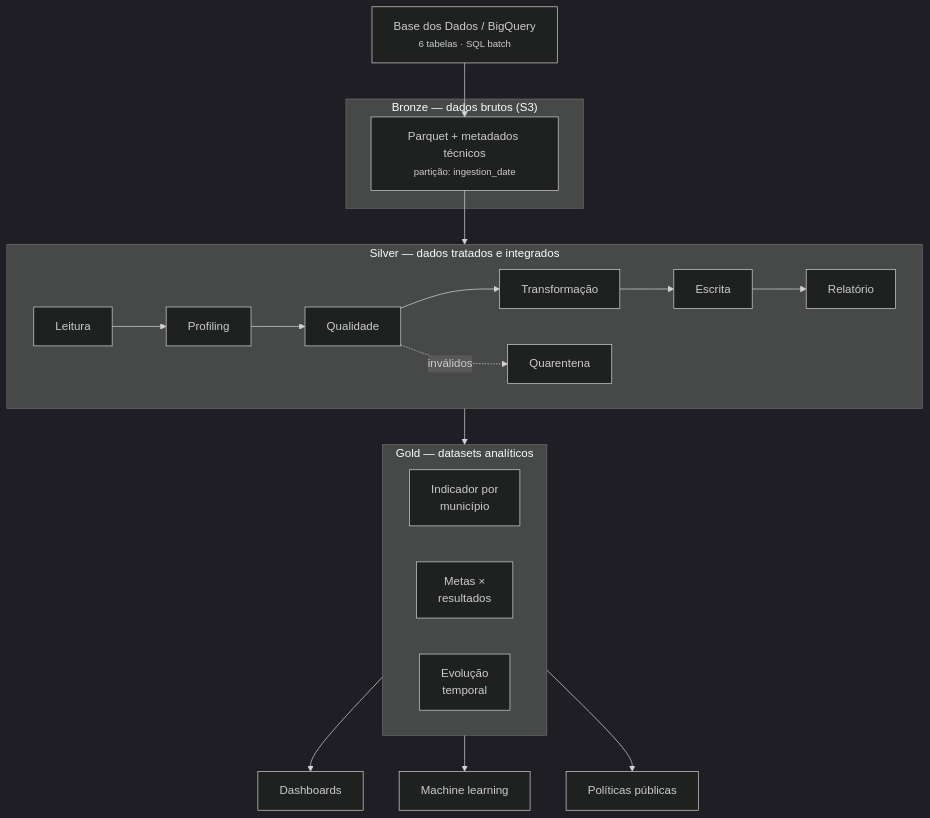
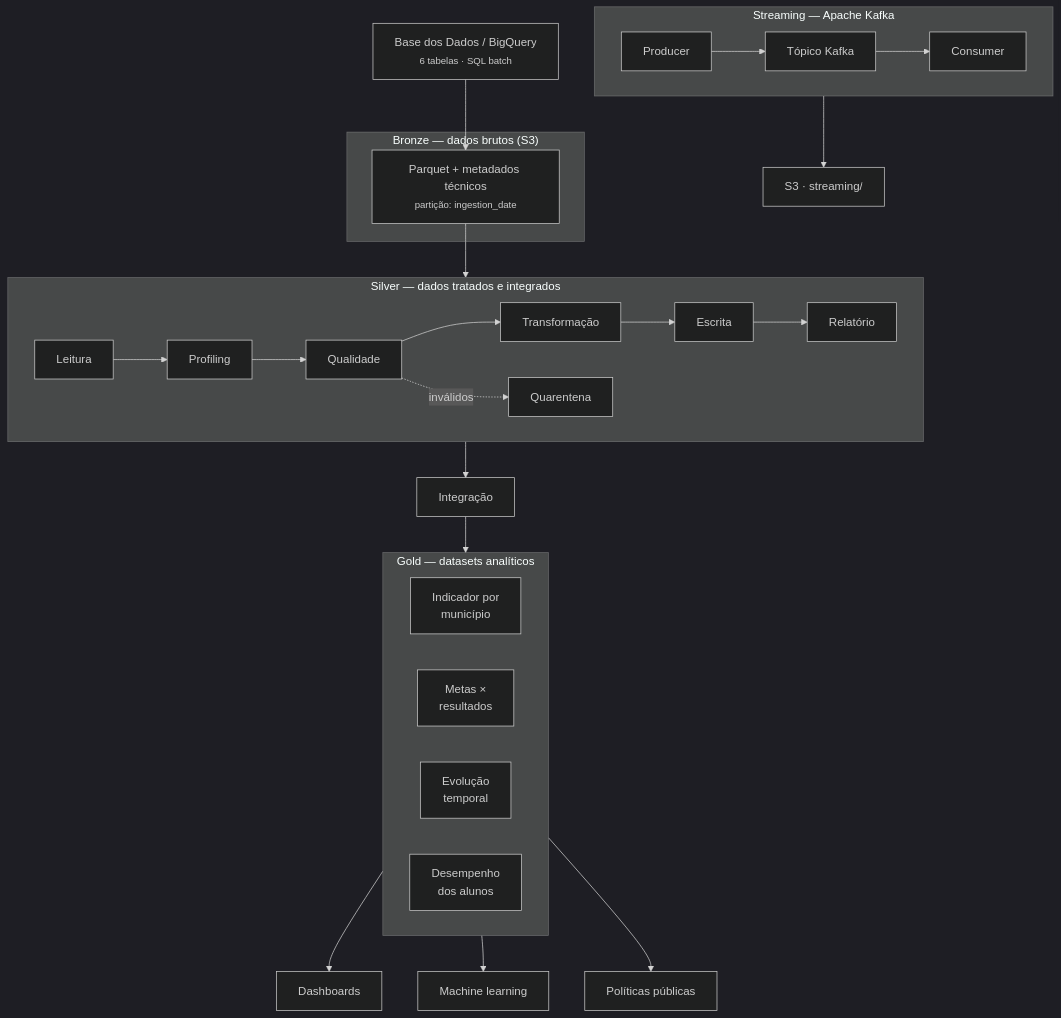
One commit to AndrePellegrini/tech-challenge-fase2 changed the diagram in README.md. Above: the diagram before and after it, drawn with Mermaid (dark theme). The commit also changed other lines of this file and 17 other files, not shown here.

First line of the commit message:
feat: camada Gold sobre a Silver oficial e streaming com Kafka

````diff
--- a/README.md
+++ b/README.md
@@ -42,33 +42,43 @@
 ```mermaid
 flowchart TD
     A["Base dos Dados / BigQuery<br/><small>6 tabelas · SQL batch</small>"] --> B
 
     subgraph BRONZE["Bronze — dados brutos (S3)"]
         B["Parquet + metadados técnicos<br/><small>partição: ingestion_date</small>"]
     end
 
     B --> S1
 
     subgraph SILVER["Silver — dados tratados e integrados"]
         direction LR
         S1["Leitura"] --> S2["Profiling"]
         S2 --> S3["Qualidade"]
         S3 --> S4["Transformação"]
         S4 --> S5["Escrita"]
         S3 -. inválidos .-> Q["Quarentena"]
         S5 --> R["Relatório"]
     end
 
-    S5 --> G1
+    S5 --> I["Integração"]
+    I --> G1
 
     subgraph GOLD["Gold — datasets analíticos"]
         direction LR
         G1["Indicador por<br/>município"]
         G2["Metas ×<br/>resultados"]
         G3["Evolução<br/>temporal"]
+        G4["Desempenho<br/>dos alunos"]
     end
+
+    subgraph STREAMING["Streaming — Apache Kafka"]
+        direction LR
+        P["Producer"] --> K["Tópico Kafka"]
+        K --> CO["Consumer"]
+    end
+
+    CO --> B2["S3 · streaming/"]
 
     GOLD --> C1["Dashboards"]
     GOLD --> C2["Machine learning"]
     GOLD --> C3["Políticas públicas"]
 ```
````
